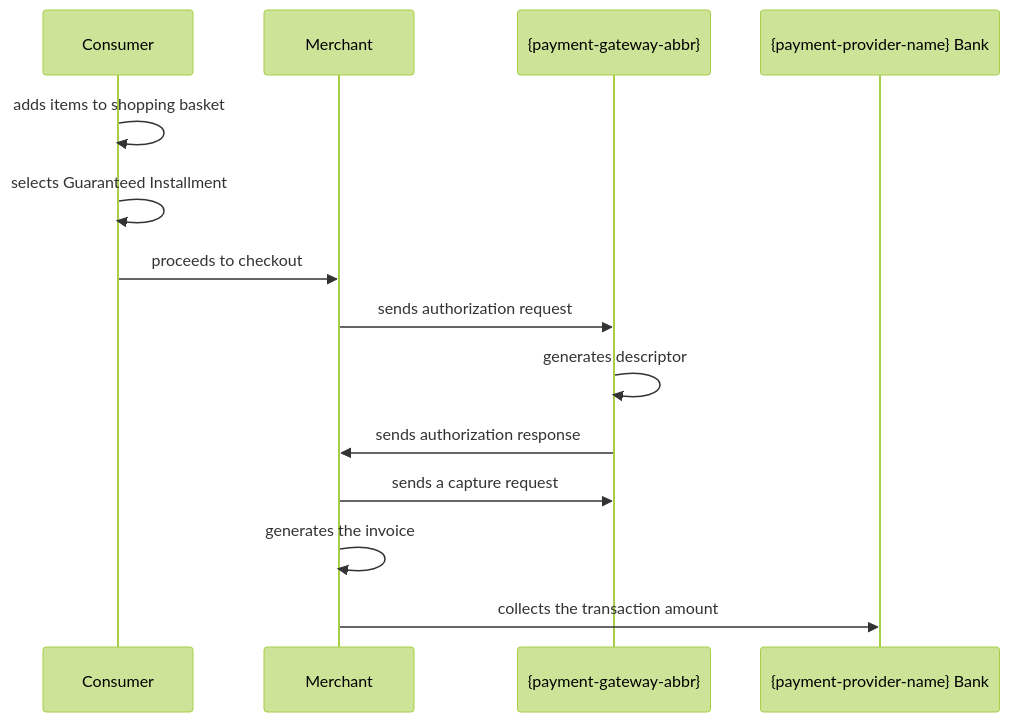
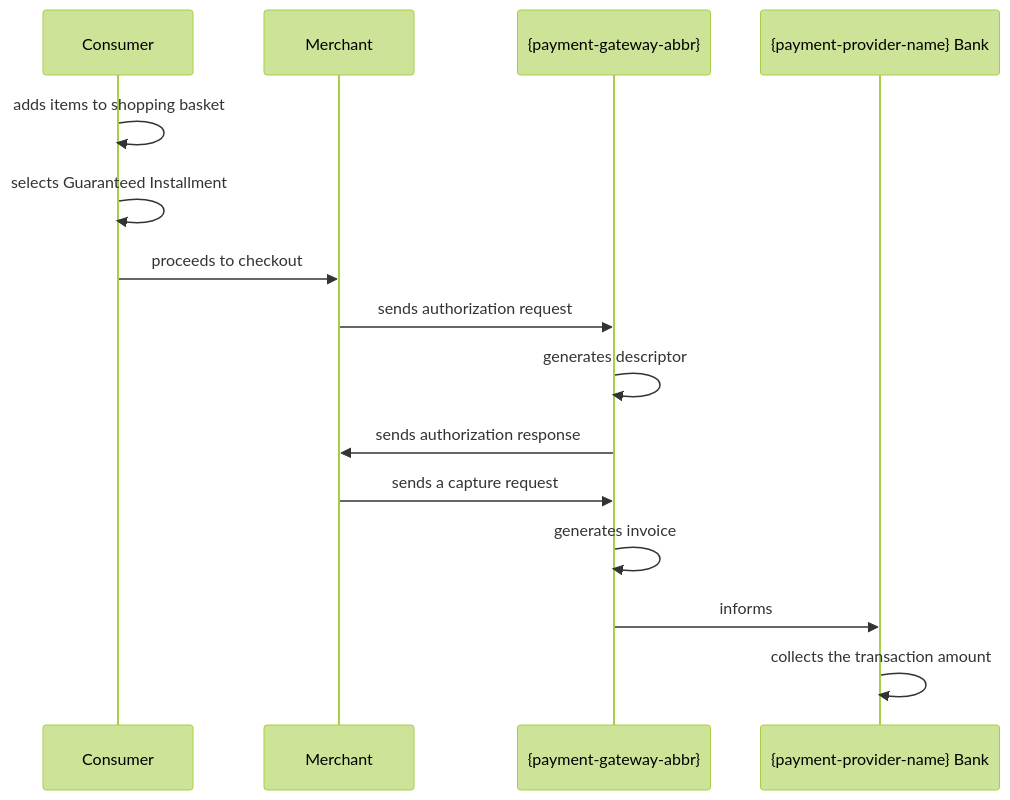
One commit to wirecard/merchant-documentation-gateway changed the diagram in 11-48-guaranteed-installment.adoc. Above: the diagram before and after it, drawn with Mermaid (forest theme). The commit also changed other lines of this file, not shown here.

Commit message:
Modify workflow

```diff
--- a/11-48-guaranteed-installment.adoc
+++ b/11-48-guaranteed-installment.adoc
@@ -134,17 +134,18 @@
 [mermaid, GuaranteedInstallment_workflow,svg,subs=attributes+]
 ----
 sequenceDiagram
     participant Consumer
     participant Merchant
     participant {payment-gateway-abbr}
     participant {payment-provider-name} Bank
 Consumer->>Consumer: adds items to shopping basket
 Consumer->>Consumer: selects Guaranteed Installment
 Consumer->>Merchant: proceeds to checkout
 Merchant->>{payment-gateway-abbr}: sends authorization request
 {payment-gateway-abbr}->>{payment-gateway-abbr}: generates descriptor
 {payment-gateway-abbr}->>Merchant: sends authorization response
 Merchant->>{payment-gateway-abbr}: sends a capture request
-Merchant->>Merchant: generates the invoice
-Merchant->>{payment-provider-name} Bank: collects the transaction amount
+{payment-gateway-abbr}->>{payment-gateway-abbr}: generates invoice
+{payment-gateway-abbr}->>{payment-provider-name} Bank: informs
+{payment-provider-name} Bank->>{payment-provider-name} Bank: collects the transaction amount
 ----
```
